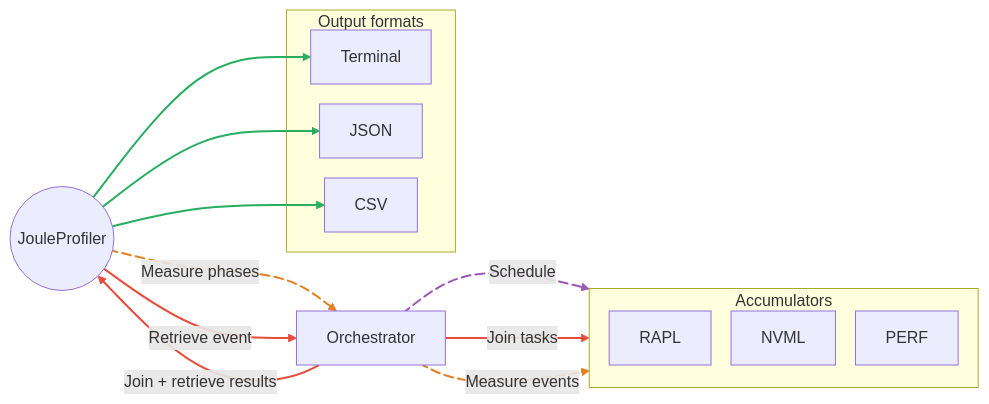
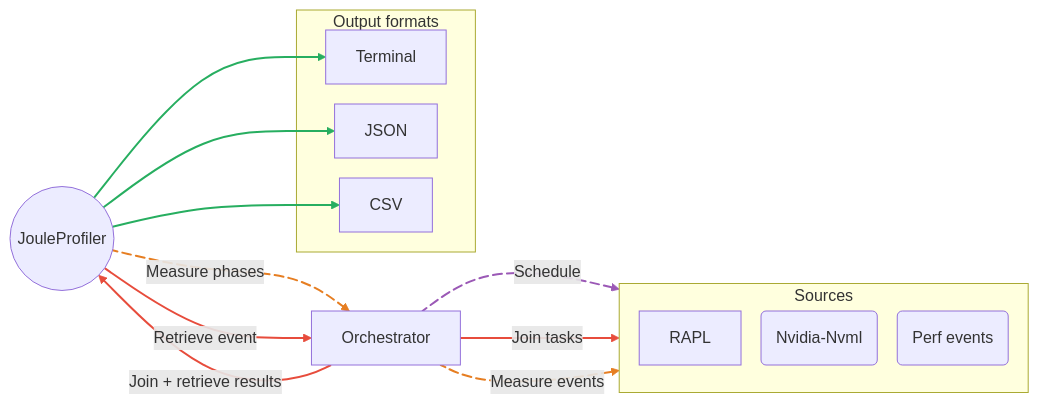
Before and after one commit to jwoirhaye/joule-profiler: the diagram in docs/src/architecture.md, drawn with Mermaid. The commit also changed other lines of this file and 20 other files, not shown here.

Commit message:
docs: added pagetoc, remake architecture doc, documented cli, lib, output formats, custom source implementation and phase mode

````diff
--- a/docs/src/architecture.md
+++ b/docs/src/architecture.md
@@ -12,46 +14,46 @@
 ```mermaid
 flowchart LR
-%%{init: {'flowchart': {'nodeSpacing': 20, 'rankSpacing': 20}}}%%
+%%{init: {'flowchart': {'nodeSpacing': 20, 'rankSpacing': 30}}}%%
 
-subgraph Accumulators
+subgraph Sources
     RAPL
-    NVML
-    PERF
+    NVML(Nvidia-Nvml)
+    PERF(Perf events)
 end
 
 JouleProfiler((JouleProfiler))
 Orchestrator
 
 subgraph OUTPUTS[Output formats]
     Terminal
     JSON
     CSV
 end
 
 JouleProfiler e1@-->|Measure phases| Orchestrator
 e1@{ animate: true }
 
 JouleProfiler -->|Retrieve event| Orchestrator
 Orchestrator -->|Join + retrieve results| JouleProfiler
 
-Orchestrator e2@-->|Schedule| Accumulators
+Orchestrator e2@-->|Schedule| Sources
 e2@{ animate: fast }
 
-Orchestrator -->|Join tasks| Accumulators
-Orchestrator e3@-->|Measure events| Accumulators
+Orchestrator -->|Join tasks| Sources
+Orchestrator e3@-->|Measure events| Sources
 e3@{ animate: true }
 
 JouleProfiler --> Terminal
 JouleProfiler --> JSON
 JouleProfiler --> CSV
 
 linkStyle 0 stroke:#e67e22, stroke-width:2px
 linkStyle 1 stroke:#e74c3c, stroke-width:2px
 linkStyle 2 stroke:#e74c3c, stroke-width:2px
 linkStyle 3 stroke:#9b59b6, stroke-width:2px
 linkStyle 4 stroke:#e74c3c, stroke-width:2px
 linkStyle 5 stroke:#e67e22, stroke-width:2px
 linkStyle 6 stroke:#27ae60, stroke-width:2px
 linkStyle 7 stroke:#27ae60, stroke-width:2px
 linkStyle 8 stroke:#27ae60, stroke-width:2px
 ```
````
